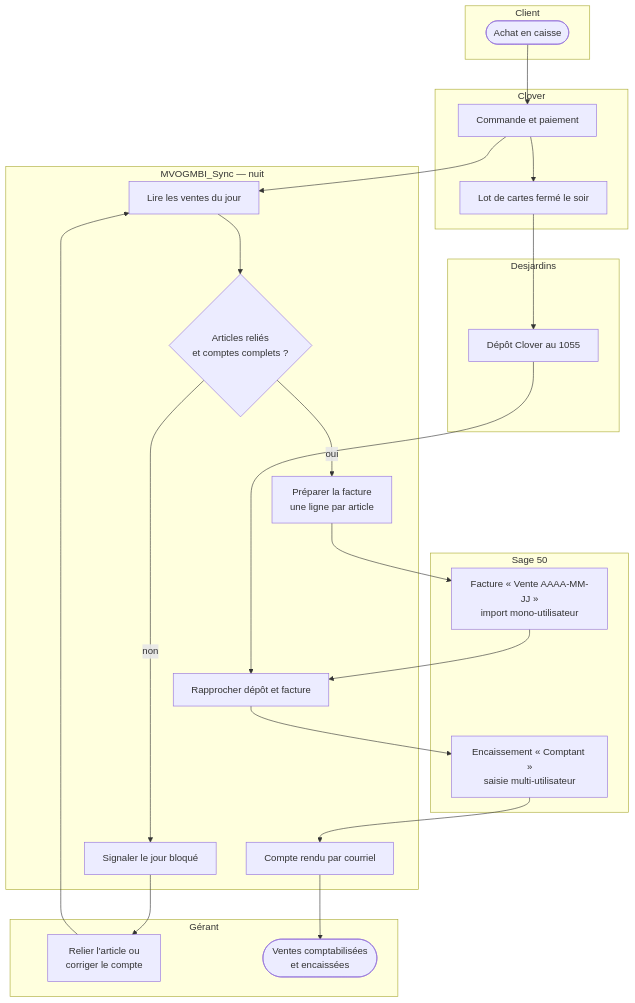
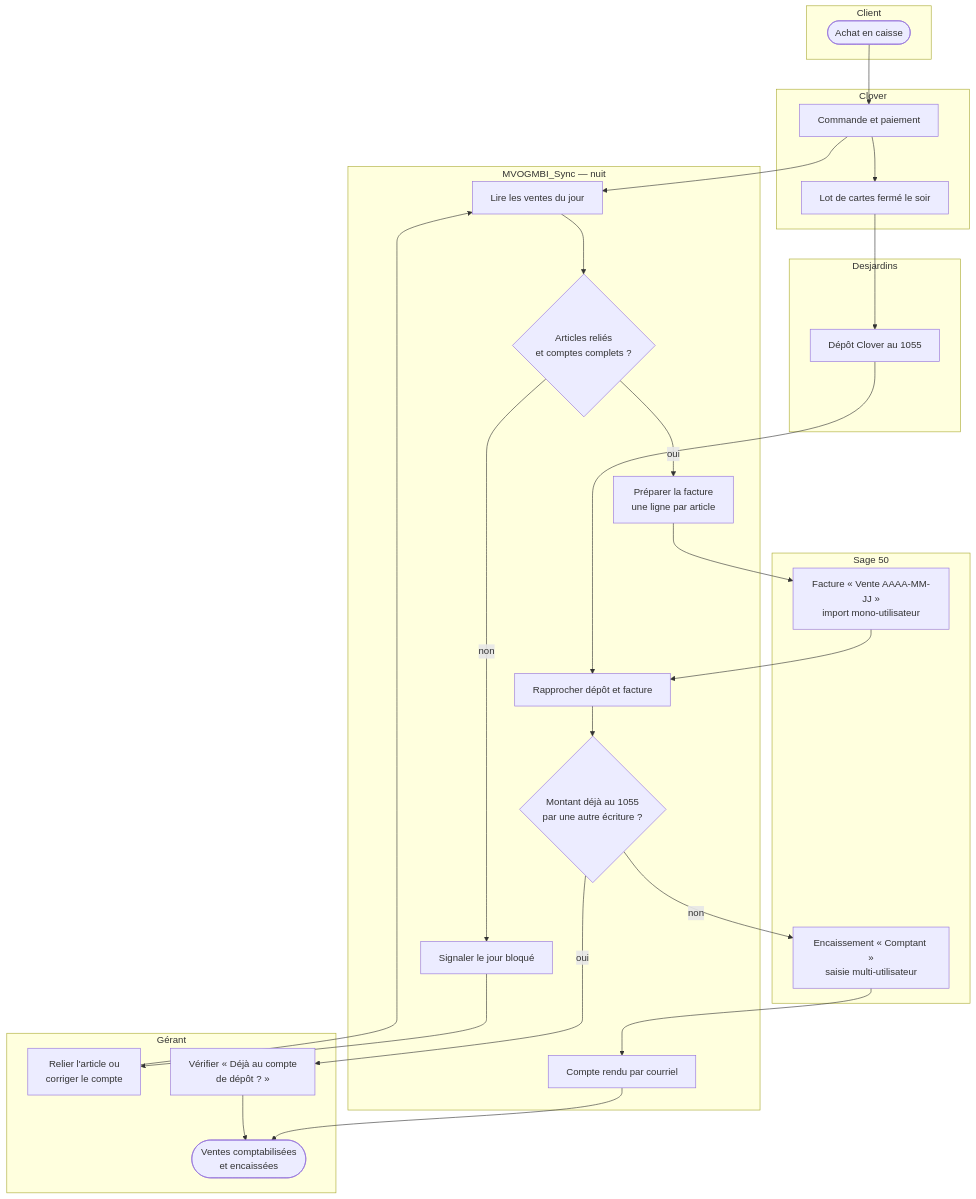
The first of 8 diagrams in documentation/PROCESSUS_BPM.md (mteingueng-dot/MVOGMBI_Sync_2026.1), drawn with Mermaid before and after one commit. The commit also changed other lines of this file and 26 other files, not shown here.

````diff
--- a/documentation/PROCESSUS_BPM.md
+++ b/documentation/PROCESSUS_BPM.md
@@ -11,34 +11,38 @@
 ```mermaid
 flowchart TB
     subgraph CLI["Client"]
         A1([Achat en caisse])
     end
     subgraph CLO["Clover"]
         B1[Commande et paiement]
         B2[Lot de cartes fermé le soir]
     end
     subgraph APP["MVOGMBI_Sync — nuit"]
         C1[Lire les ventes du jour]
         C2{Articles reliés<br/>et comptes complets ?}
         C3[Préparer la facture<br/>une ligne par article]
         C4[Signaler le jour bloqué]
         C5[Rapprocher dépôt et facture]
+        C7{Montant déjà au 1055<br/>par une autre écriture ?}
         C6[Compte rendu par courriel]
     end
     subgraph SAGE["Sage 50"]
         D1[Facture « Vente AAAA-MM-JJ »<br/>import mono-utilisateur]
         D2[Encaissement « Comptant »<br/>saisie multi-utilisateur]
     end
     subgraph BQ["Desjardins"]
         E1[Dépôt Clover au 1055]
     end
     subgraph GER["Gérant"]
         F1[Relier l'article ou<br/>corriger le compte]
         F2([Ventes comptabilisées<br/>et encaissées])
+        F3[Vérifier « Déjà au compte<br/>de dépôt ? »]
     end
     A1 --> B1 --> C1 --> C2
     C2 -- oui --> C3 --> D1
     C2 -- non --> C4 --> F1 --> C1
     B1 --> B2 --> E1 --> C5
-    D1 --> C5 --> D2 --> C6 --> F2
+    D1 --> C5 --> C7
+    C7 -- non --> D2 --> C6 --> F2
+    C7 -- oui --> F3 --> F2
 ```
````
